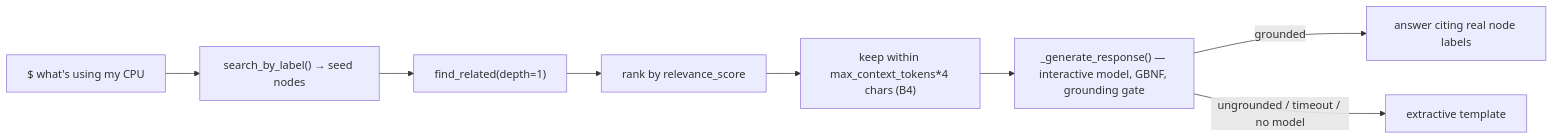
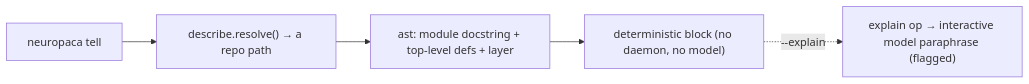
One commit to bhanot-99/NeuroPACA changed the eighth of 10 diagrams in Architecture.md. Above: the diagram before and after it, drawn with Mermaid. The commit also changed other lines of this file and 24 other files, not shown here.

````diff
--- a/Architecture.md
+++ b/Architecture.md
@@ -572,10 +608,7 @@
 ```mermaid
 flowchart LR
-    Q["$ what's using my CPU"] --> C1["search_by_label() → seed nodes"]
-    C1 --> C2["find_related(depth=1)"]
-    C2 --> C3["rank by relevance_score"]
-    C3 --> C4["keep within max_context_tokens*4 chars (B4)"]
-    C4 --> GEN["_generate_response() — interactive model, GBNF, grounding gate"]
-    GEN -->|grounded| OUT["answer citing real node labels"]
-    GEN -->|ungrounded / timeout / no model| TPL["extractive template"]
+    T["neuropaca tell <path>"] --> D1["describe.resolve() → a repo path"]
+    D1 --> D2["ast: module docstring + top-level defs + layer"]
+    D2 --> OUT["deterministic block (no daemon, no model)"]
+    OUT -.->|--explain| EX["explain op → interactive model paraphrase (flagged)"]
 ```
````
